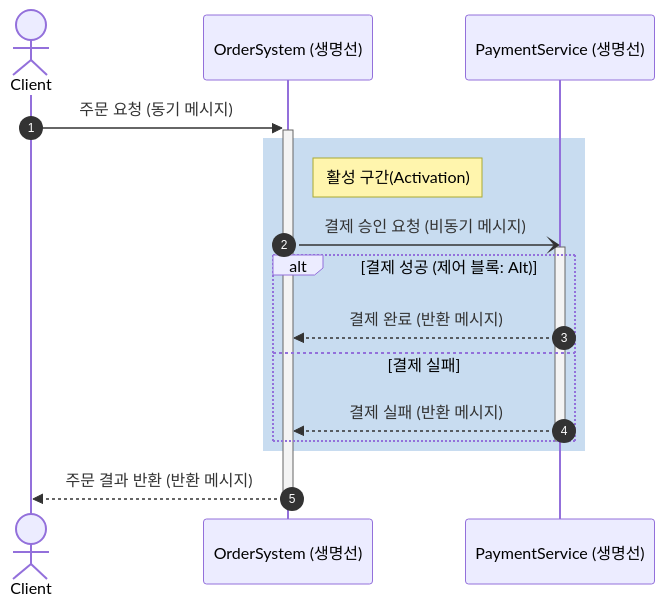
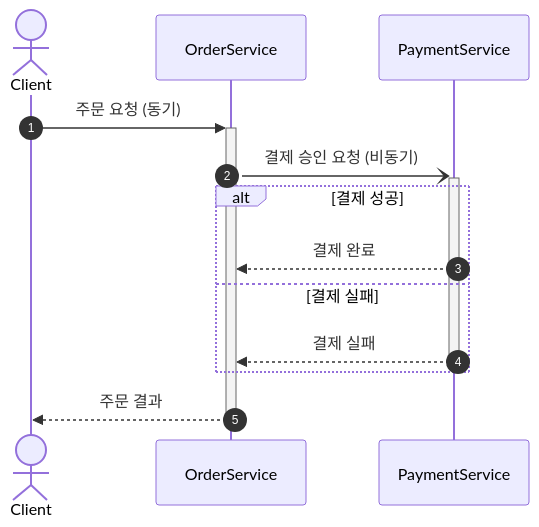
Before and after one commit to supremethumb/supremethumb.github.io: the diagram in content/01_IT Tech/순차 다이어그램.md, drawn with Mermaid. The commit also changed other lines of this file and 1087 other files, not shown here.

````diff
--- a/content/01_IT Tech/순차 다이어그램.md
+++ b/content/01_IT Tech/순차 다이어그램.md
@@ -29,25 +35,15 @@
 ```mermaid
 sequenceDiagram
     autonumber
     actor C as Client
-    participant O as OrderSystem (생명선)
-    participant P as PaymentService (생명선)
-    
-    C->>+O: 주문 요청 (동기 메시지)
-    
-    rect rgb(200, 220, 240)
-    note right of O: 활성 구간(Activation)
-    O-)P: 결제 승인 요청 (비동기 메시지)
-    activate P
-    
-    alt 결제 성공 (제어 블록: Alt)
-        P-->>O: 결제 완료 (반환 메시지)
+    participant O as OrderService
+    participant P as PaymentService
+    C->>+O: 주문 요청 (동기)
+    O-)+P: 결제 승인 요청 (비동기)
+    alt 결제 성공
+        P-->>O: 결제 완료
     else 결제 실패
-        P-->>O: 결제 실패 (반환 메시지)
+        P-->>-O: 결제 실패
     end
-    deactivate P
-    end
-    
-    O-->>-C: 주문 결과 반환 (반환 메시지)
-
+    O-->>-C: 주문 결과
 ```
````
